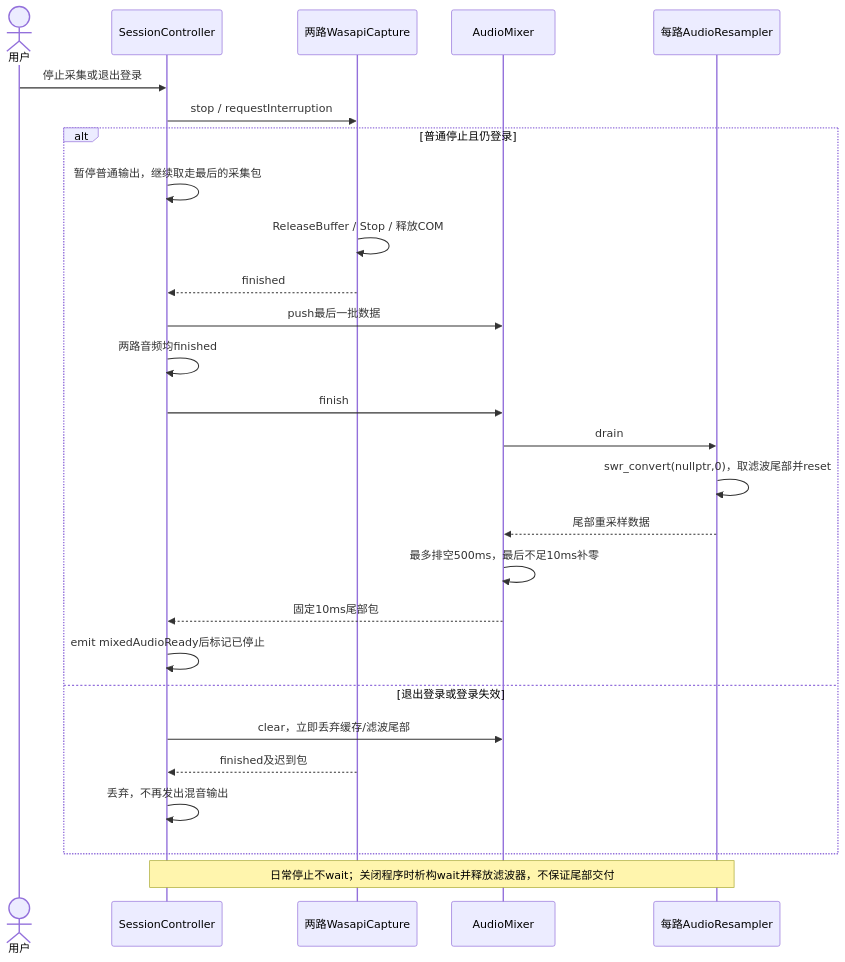
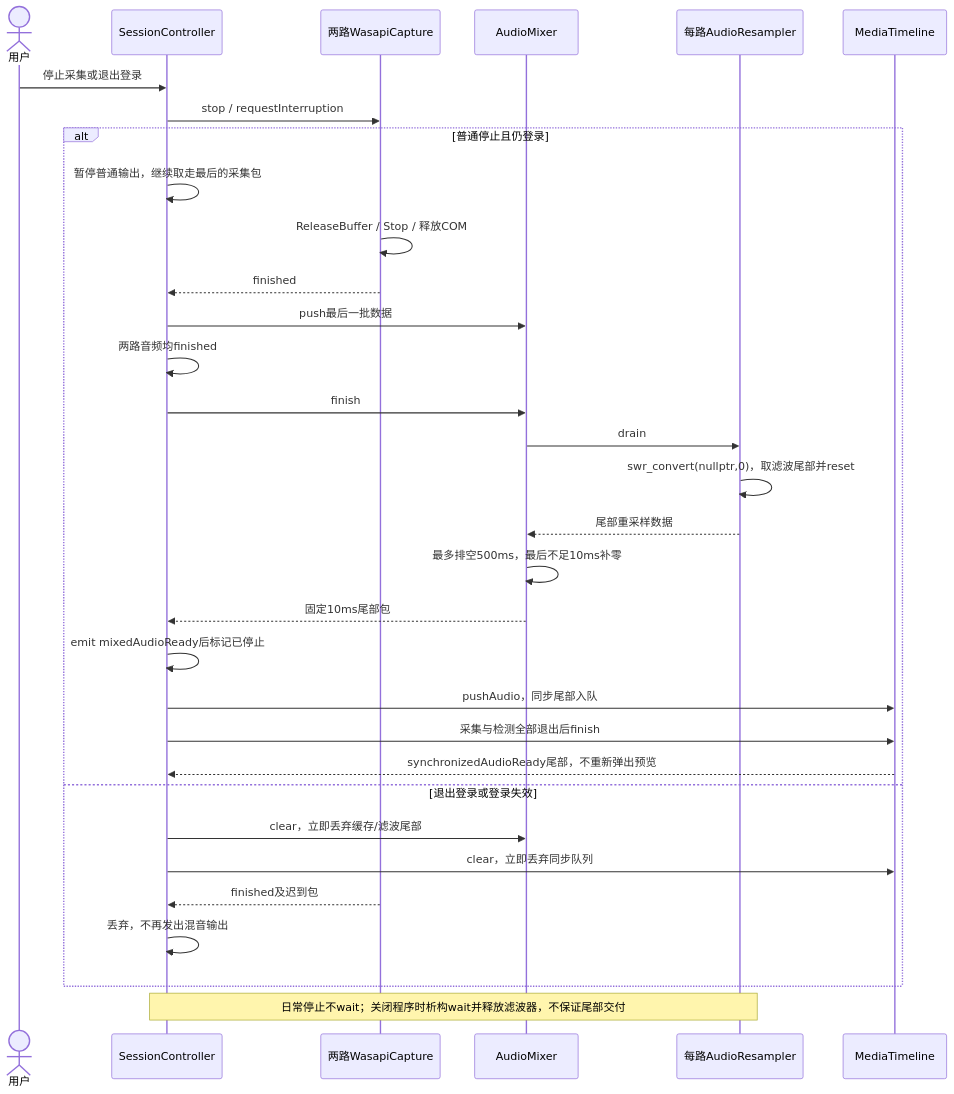
One commit to kingsman-svg/OBS changed the diagram in docs/uml/audio-finish.mmd. Above: the diagram before and after it, drawn with Mermaid. The commit also changed 35 other files, not shown here.

Commit message:
Add shared audio-video timeline before encoding

```diff
--- a/docs/uml/audio-finish.mmd
+++ b/docs/uml/audio-finish.mmd
@@ -1,27 +1,32 @@
 sequenceDiagram
 actor U as 用户
 participant C as SessionController
 participant W as 两路WasapiCapture
 participant M as AudioMixer
 participant R as 每路AudioResampler
+participant T as MediaTimeline
 U->>C: 停止采集或退出登录
 C->>W: stop / requestInterruption
 alt 普通停止且仍登录
 C->>C: 暂停普通输出，继续取走最后的采集包
 W->>W: ReleaseBuffer / Stop / 释放COM
 W-->>C: finished
 C->>M: push最后一批数据
 C->>C: 两路音频均finished
 C->>M: finish
 M->>R: drain
 R->>R: swr_convert(nullptr,0)，取滤波尾部并reset
 R-->>M: 尾部重采样数据
 M->>M: 最多排空500ms，最后不足10ms补零
 M-->>C: 固定10ms尾部包
 C->>C: emit mixedAudioReady后标记已停止
+C->>T: pushAudio，同步尾部入队
+C->>T: 采集与检测全部退出后finish
+T-->>C: synchronizedAudioReady尾部，不重新弹出预览
 else 退出登录或登录失效
 C->>M: clear，立即丢弃缓存/滤波尾部
+C->>T: clear，立即丢弃同步队列
 W-->>C: finished及迟到包
 C->>C: 丢弃，不再发出混音输出
 end
 Note over C,R: 日常停止不wait；关闭程序时析构wait并释放滤波器，不保证尾部交付
```
